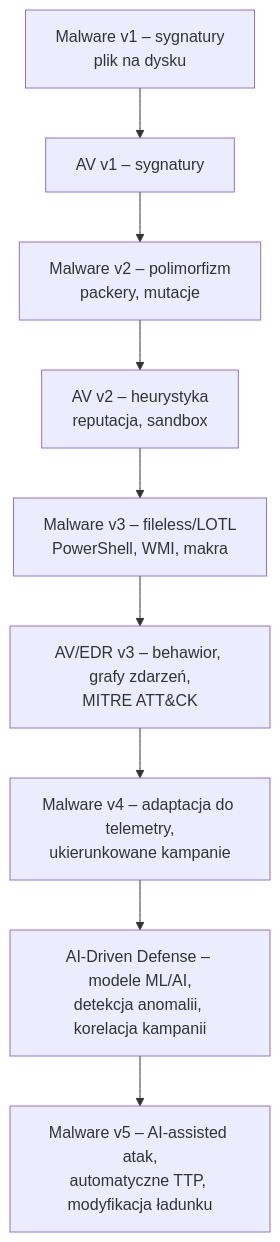
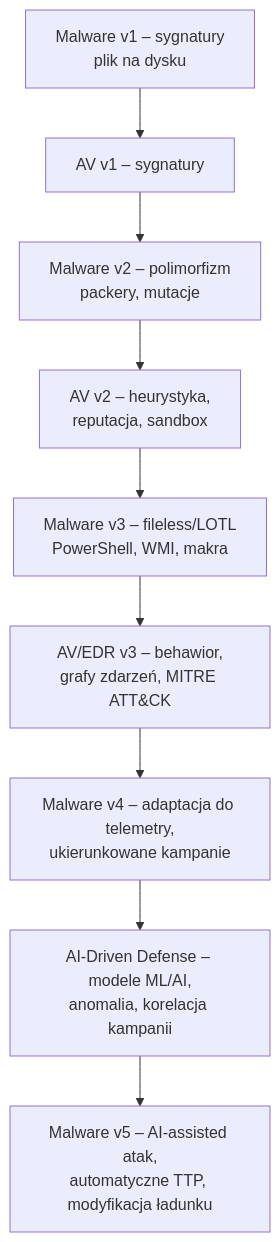
Before and after one commit to DonkeyJJLove/writeups: the diagram in 2025-04_zaklocanie_protokolow_czasu_asyncshel_fire-sale.md, drawn with Mermaid. The commit also changed other lines of this file, not shown here.

`````diff
--- a/2025-04_zaklocanie_protokolow_czasu_asyncshel_fire-sale.md
+++ b/2025-04_zaklocanie_protokolow_czasu_asyncshel_fire-sale.md
@@ -190,11 +187,11 @@
 ```mermaid
 flowchart TD
     A[Malware v1 – sygnatury<br/>plik na dysku] --> B[AV v1 – sygnatury]
     B --> C[Malware v2 – polimorfizm<br/>packery, mutacje]
-    C --> D[AV v2 – heurystyka<br/>reputacja, sandbox]
+    C --> D[AV v2 – heurystyka,<br/>reputacja, sandbox]
     D --> E[Malware v3 – fileless/LOTL<br/>PowerShell, WMI, makra]
-    E --> F[AV/EDR v3 – behawior, grafy zdarzeń,<br/>MITRE ATT&CK]
+    E --> F[AV/EDR v3 – behawior,<br/>grafy zdarzeń, MITRE ATT&CK]
     F --> G[Malware v4 – adaptacja do telemetry,<br/>ukierunkowane kampanie]
-    G --> H[AI-Driven Defense – modele ML/AI,<br/>detekcja anomalii, korelacja kampanii]
+    G --> H[AI-Driven Defense – modele ML/AI,<br/>anomalia, korelacja kampanii]
     H --> I[Malware v5 – AI-assisted atak,<br/>automatyczne TTP, modyfikacja ładunku]
-````
+```
`````
